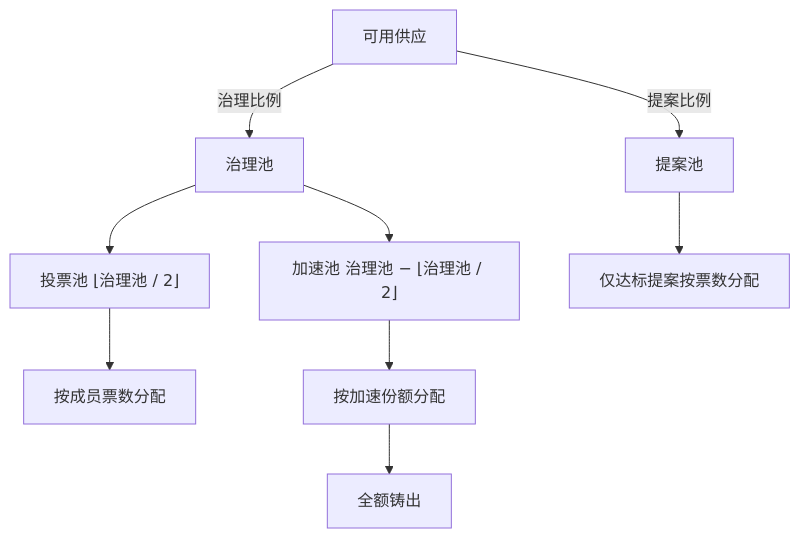
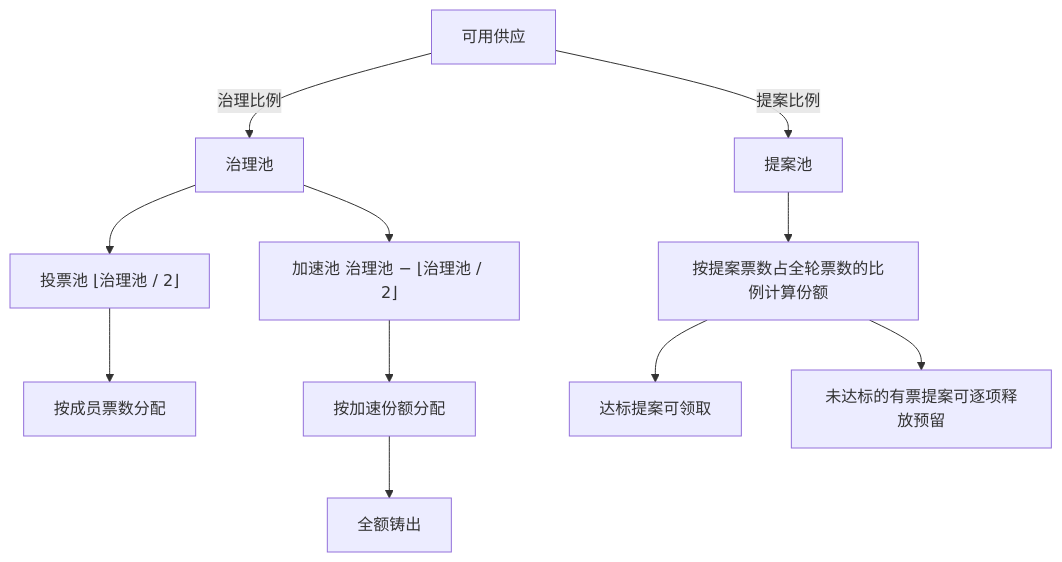
The second of 3 diagrams in docs/whitepaper-core.md (LOVE20BSC/core), drawn with Mermaid before and after one commit. The commit also changed other lines of this file and 14 other files, not shown here.

````diff
--- a/docs/whitepaper-core.md
+++ b/docs/whitepaper-core.md
@@ -139,11 +139,13 @@
 ```mermaid
 flowchart TD
     A["可用供应"] -->|"治理比例"| B["治理池"]
     A -->|"提案比例"| C["提案池"]
     B --> D["投票池 ⌊治理池 / 2⌋"]
     B --> E["加速池 治理池 − ⌊治理池 / 2⌋"]
     D --> F["按成员票数分配"]
     E --> G["按加速份额分配"]
     G --> J["全额铸出"]
-    C --> K["仅达标提案按票数分配"]
+    C --> K["按提案票数占全轮票数的比例计算份额"]
+    K --> L["达标提案可领取"]
+    K --> M["未达标的有票提案可逐项释放预留"]
 ```
````
